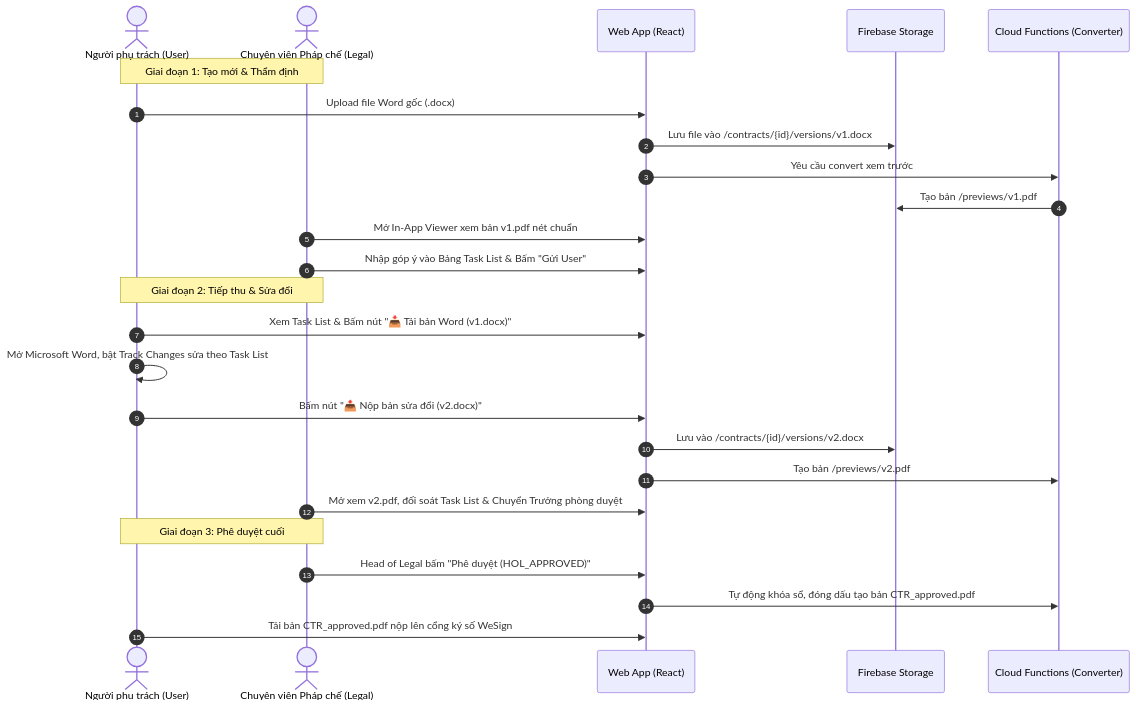
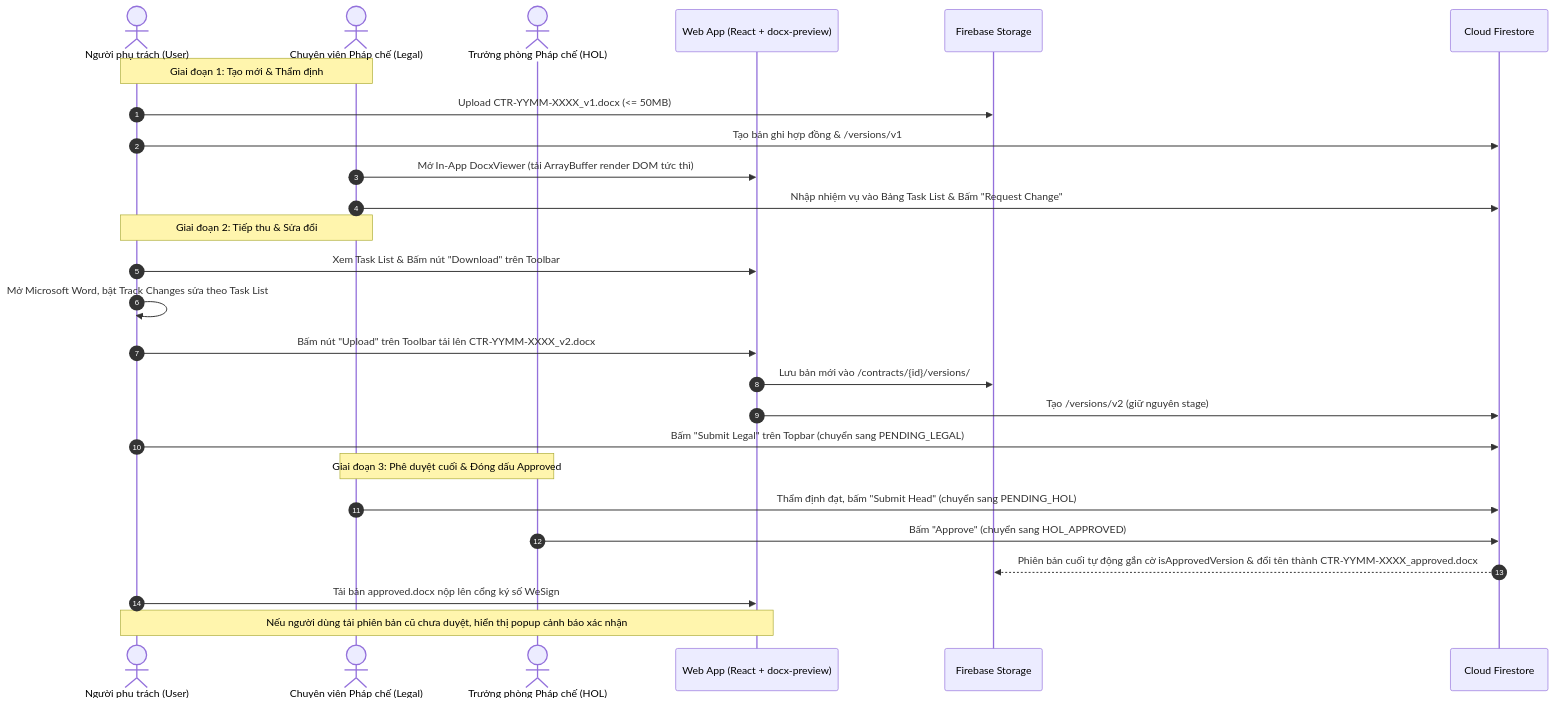
One commit to khoavudl/ContractReview_firestore changed the second of 5 diagrams in new_architecture.md. Above: the diagram before and after it, drawn with Mermaid. The commit also changed other lines of this file and 1 other file, not shown here.

Commit message:
docs: update project progress and new architecture documentation

````diff
--- a/new_architecture.md
+++ b/new_architecture.md
@@ -364,30 +402,31 @@
 ```mermaid
 sequenceDiagram
     autonumber
     actor User as Người phụ trách (User)
     actor Legal as Chuyên viên Pháp chế (Legal)
-    participant UI as Web App (React)
+    actor Head as Trưởng phòng Pháp chế (HOL)
+    participant UI as Web App (React + docx-preview)
     participant Storage as Firebase Storage
-    participant CF as Cloud Functions (Converter)
+    participant DB as Cloud Firestore
 
     Note over User,Legal: Giai đoạn 1: Tạo mới & Thẩm định
-    User->>UI: Upload file Word gốc (.docx)
-    UI->>Storage: Lưu file vào /contracts/{id}/versions/v1.docx
-    UI->>CF: Yêu cầu convert xem trước
-    CF->>Storage: Tạo bản /previews/v1.pdf
-    Legal->>UI: Mở In-App Viewer xem bản v1.pdf nét chuẩn
-    Legal->>UI: Nhập góp ý vào Bảng Task List & Bấm "Gửi User"
+    User->>Storage: Upload CTR-YYMM-XXXX_v1.docx (<= 50MB)
+    User->>DB: Tạo bản ghi hợp đồng & /versions/v1
+    Legal->>UI: Mở In-App DocxViewer (tải ArrayBuffer render DOM tức thì)
+    Legal->>DB: Nhập nhiệm vụ vào Bảng Task List & Bấm "Request Change"
 
     Note over User,Legal: Giai đoạn 2: Tiếp thu & Sửa đổi
-    User->>UI: Xem Task List & Bấm nút "📥 Tải bản Word (v1.docx)"
+    User->>UI: Xem Task List & Bấm nút "Download" trên Toolbar
     User->>User: Mở Microsoft Word, bật Track Changes sửa theo Task List
-    User->>UI: Bấm nút "📤 Nộp bản sửa đổi (v2.docx)"
-    UI->>Storage: Lưu vào /contracts/{id}/versions/v2.docx
-    UI->>CF: Tạo bản /previews/v2.pdf
-    Legal->>UI: Mở xem v2.pdf, đối soát Task List & Chuyển Trưởng phòng duyệt
+    User->>UI: Bấm nút "Upload" trên Toolbar tải lên CTR-YYMM-XXXX_v2.docx
+    UI->>Storage: Lưu bản mới vào /contracts/{id}/versions/
+    UI->>DB: Tạo /versions/v2 (giữ nguyên stage)
+    User->>DB: Bấm "Submit Legal" trên Topbar (chuyển sang PENDING_LEGAL)
 
-    Note over Legal,User: Giai đoạn 3: Phê duyệt cuối
-    Legal->>UI: Head of Legal bấm "Phê duyệt (HOL_APPROVED)"
-    UI->>CF: Tự động khóa sổ, đóng dấu tạo bản CTR_approved.pdf
-    User->>UI: Tải bản CTR_approved.pdf nộp lên cổng ký số WeSign
+    Note over Legal,Head: Giai đoạn 3: Phê duyệt cuối & Đóng dấu Approved
+    Legal->>DB: Thẩm định đạt, bấm "Submit Head" (chuyển sang PENDING_HOL)
+    Head->>DB: Bấm "Approve" (chuyển sang HOL_APPROVED)
+    DB-->>Storage: Phiên bản cuối tự động gắn cờ isApprovedVersion & đổi tên thành CTR-YYMM-XXXX_approved.docx
+    User->>UI: Tải bản approved.docx nộp lên cổng ký số WeSign
+    Note over User,UI: Nếu người dùng tải phiên bản cũ chưa duyệt, hiển thị popup cảnh báo xác nhận
 ```
````
